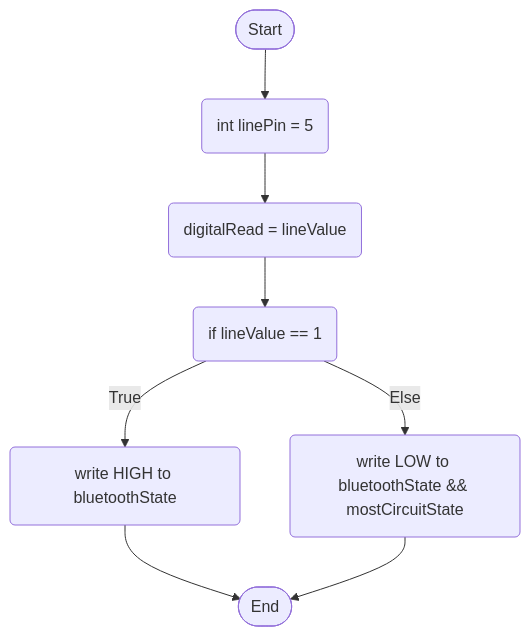
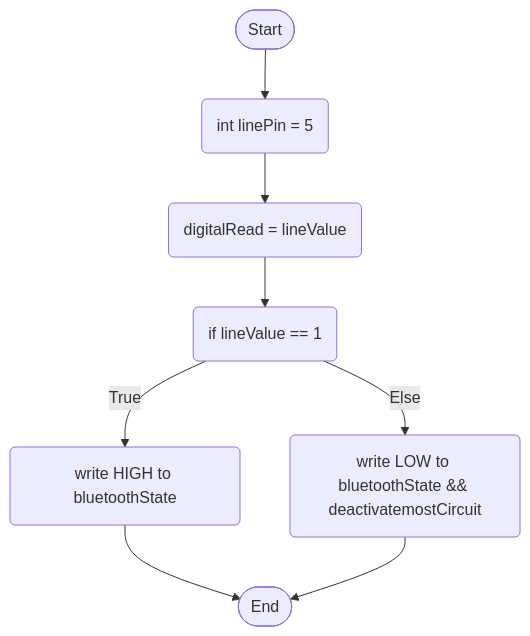
Before and after one commit to 4060269/SmartWorkstationAssessment3: the diagram in Flowcharts/lineLogic.md, drawn with Mermaid.

````diff
--- a/Flowcharts/lineLogic.md
+++ b/Flowcharts/lineLogic.md
@@ -4,18 +4,18 @@
 ```mermaid
 flowchart TD
 terminalStart([Start])
 terminalEnd([End])
 setLinePin(int linePin = 5)
 currentValue(digitalRead = lineValue)
 activateLine0(if lineValue == 1)
 activateLine1(write HIGH to bluetoothState)
-activateLine2(write LOW to bluetoothState && mostCircuitState)
+activateLine2(write LOW to bluetoothState && deactivatemostCircuit)
 
 terminalStart --> setLinePin
 setLinePin --> currentValue
 currentValue --> activateLine0
 activateLine0 --> |True| activateLine1
 activateLine0 --> |Else| activateLine2
 activateLine1 --> terminalEnd
 activateLine2 --> terminalEnd
 ```
````
